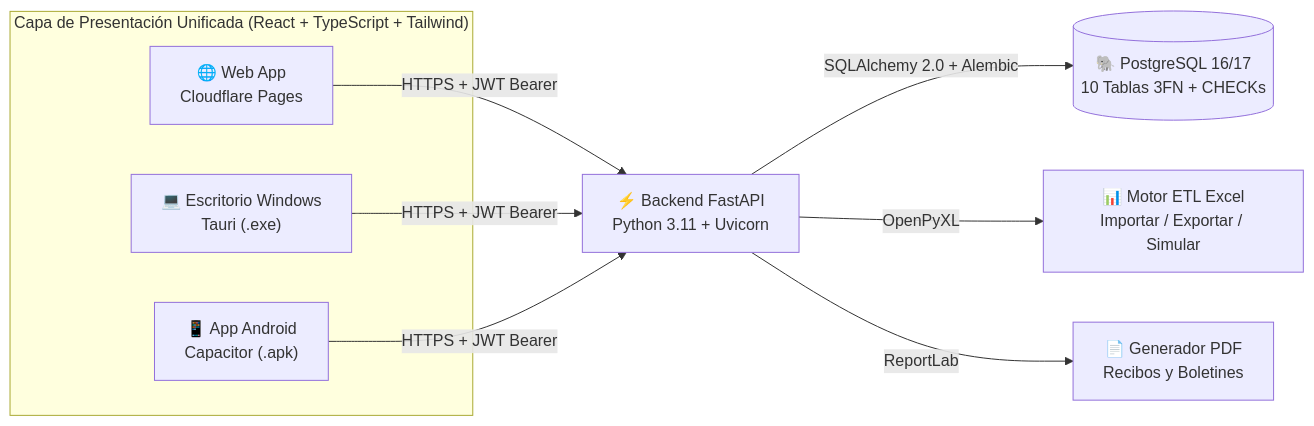
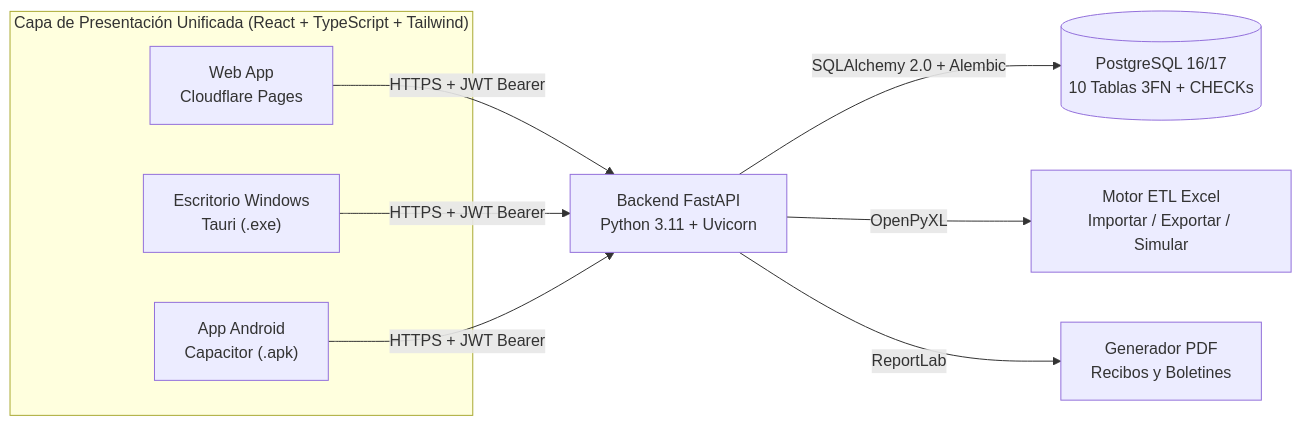
One commit to SlayerCampo/SistemaUniversitarioDeGestion changed the diagram in ENTREGA_TAREA_UCC.md. Above: the diagram before and after it, drawn with Mermaid. The commit also changed other lines of this file and 4 other files, not shown here.

Commit message:
docs: corregir diagramas Mermaid, agregar enlaces en README y limpiar archivos del repositorio

````diff
--- a/ENTREGA_TAREA_UCC.md
+++ b/ENTREGA_TAREA_UCC.md
@@ -60,13 +60,13 @@
 ```mermaid
 flowchart LR
     subgraph CLIENTES ["Capa de Presentación Unificada (React + TypeScript + Tailwind)"]
-        WEB["🌐 Web App\nCloudflare Pages"]
-        WIN["💻 Escritorio Windows\nTauri (.exe)"]
-        AND["📱 App Android\nCapacitor (.apk)"]
+        WEB["Web App<br/>Cloudflare Pages"]
+        WIN["Escritorio Windows<br/>Tauri (.exe)"]
+        AND["App Android<br/>Capacitor (.apk)"]
     end
 
-    WEB & WIN & AND -->|HTTPS + JWT Bearer| API["⚡ Backend FastAPI\nPython 3.11 + Uvicorn"]
-    API -->|SQLAlchemy 2.0 + Alembic| DB[("🐘 PostgreSQL 16/17\n10 Tablas 3FN + CHECKs")]
-    API -->|OpenPyXL| ETL["📊 Motor ETL Excel\nImportar / Exportar / Simular"]
-    API -->|ReportLab| PDF["📄 Generador PDF\nRecibos y Boletines"]
+    WEB & WIN & AND -->|HTTPS + JWT Bearer| API["Backend FastAPI<br/>Python 3.11 + Uvicorn"]
+    API -->|SQLAlchemy 2.0 + Alembic| DB[("PostgreSQL 16/17<br/>10 Tablas 3FN + CHECKs")]
+    API -->|OpenPyXL| ETL["Motor ETL Excel<br/>Importar / Exportar / Simular"]
+    API -->|ReportLab| PDF["Generador PDF<br/>Recibos y Boletines"]
 ```
````
